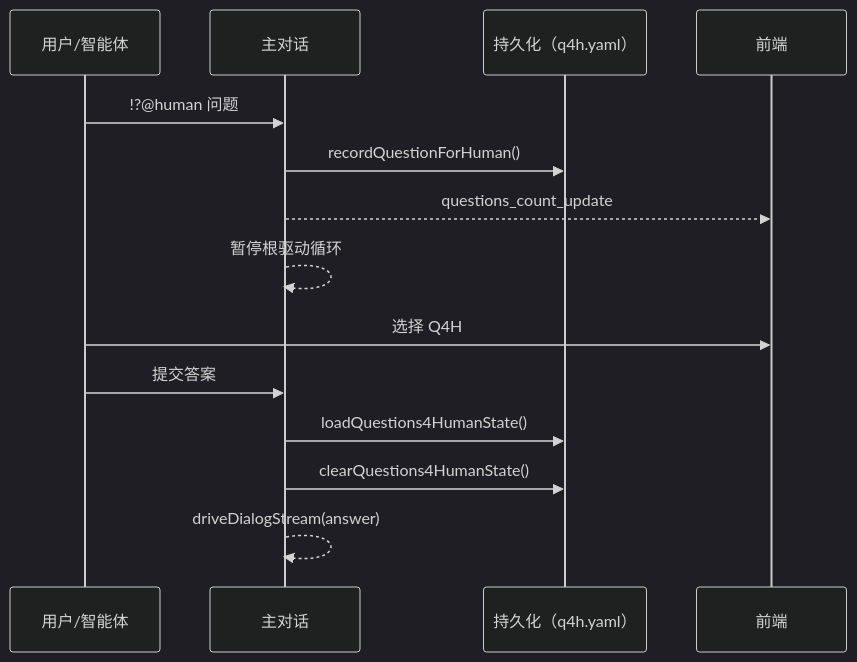
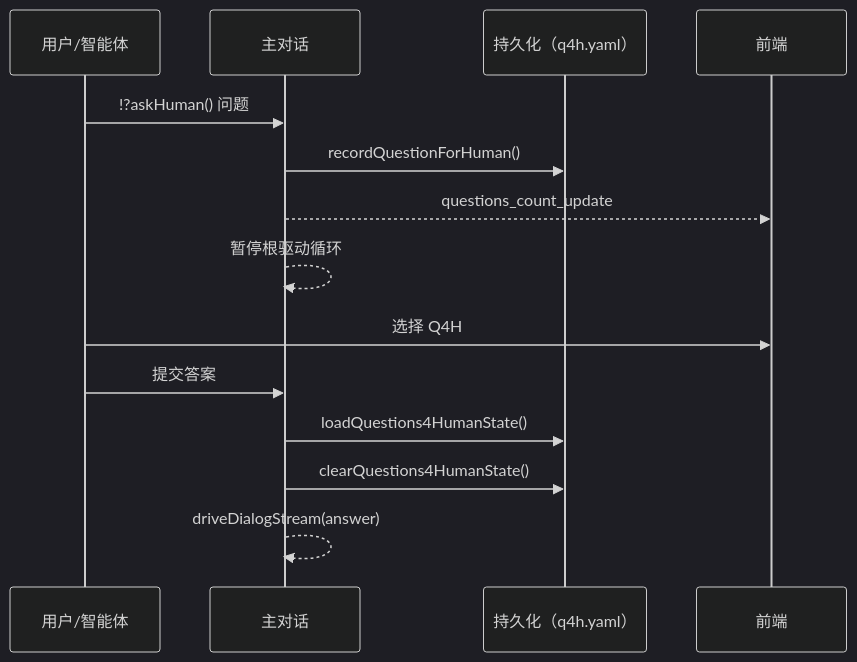
One commit to longrun-ai/dominds changed diagram 15 of 18 in docs/dialog-system.zh.md. Above: the diagram before and after it, drawn with Mermaid (dark theme). The commit also changed other lines of this file and 21 other files, not shown here.

````diff
--- a/docs/dialog-system.zh.md
+++ b/docs/dialog-system.zh.md
@@ -1185,18 +1185,18 @@
 ```mermaid
 sequenceDiagram
 	  participant User as 用户/智能体
   participant Main as 主对话
   participant Store as 持久化（q4h.yaml）
   participant UI as 前端
 
-  User->>Main: !?@human 问题
+  User->>Main: !?askHuman() 问题
   Main->>Store: recordQuestionForHuman()
   Main-->>UI: questions_count_update
   Main-->>Main: 暂停根驱动循环
 
   User->>UI: 选择 Q4H
   User->>Main: 提交答案
   Main->>Store: loadQuestions4HumanState()
   Main->>Store: clearQuestions4HumanState()
   Main-->>Main: driveDialogStream(answer)
 ```
````
